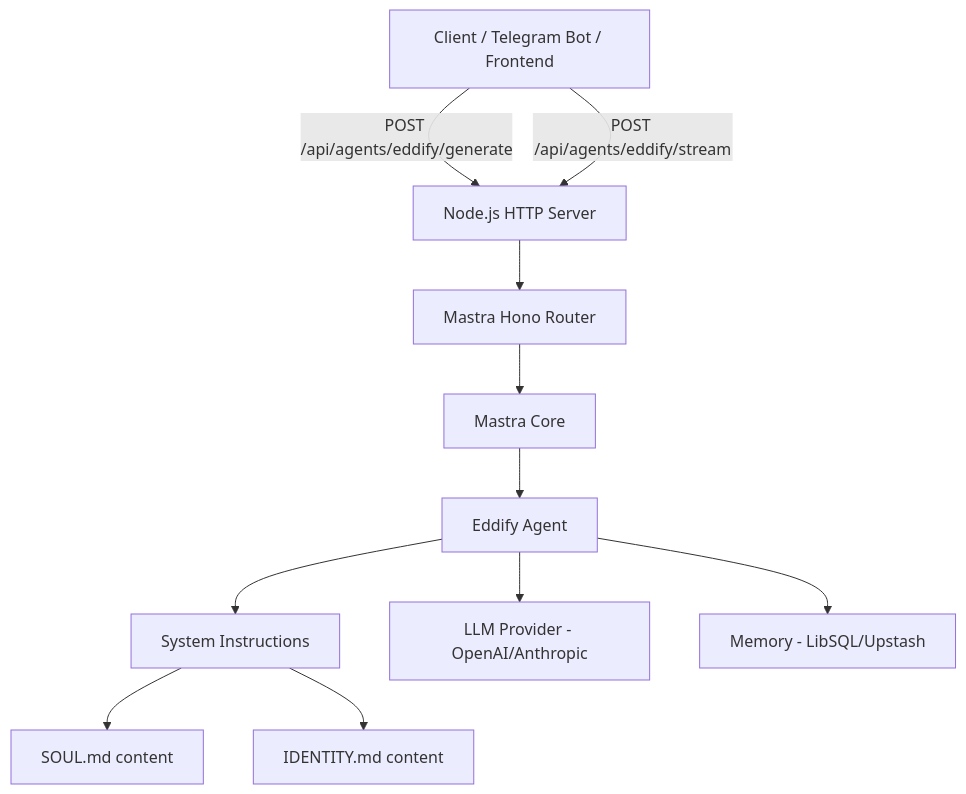
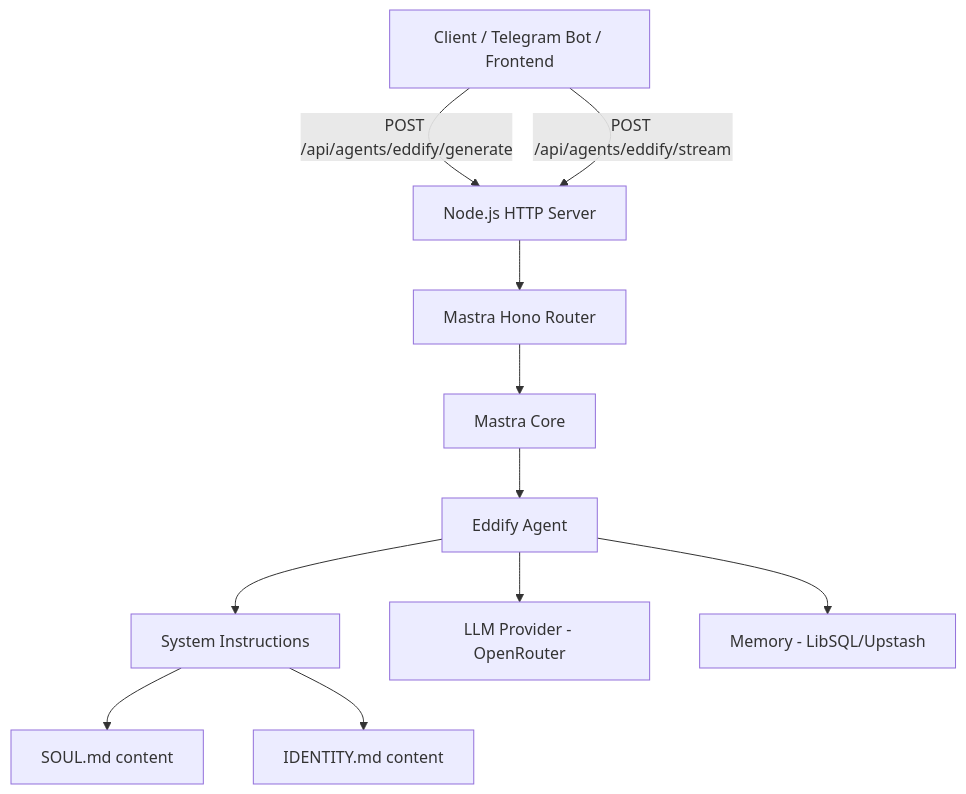
Before and after one commit to good-shepherd-insights/goodshepherdinsights-router: the diagram in plans/mastra-eddify-agent-plan.md, drawn with Mermaid. The commit also changed other lines of this file, not shown here.

First line of the commit message:
Switch LLM provider from OpenAI/Anthropic to OpenRouter

````diff
--- a/plans/mastra-eddify-agent-plan.md
+++ b/plans/mastra-eddify-agent-plan.md
@@ -60,13 +60,13 @@
 ```mermaid
 graph TD
     Client[Client / Telegram Bot / Frontend] -->|POST /api/agents/eddify/generate| Server[Node.js HTTP Server]
     Client -->|POST /api/agents/eddify/stream| Server
     Server --> Router[Mastra Hono Router]
     Router --> MastraCore[Mastra Core]
     MastraCore --> EddifyAgent[Eddify Agent]
     EddifyAgent --> Instructions[System Instructions]
     Instructions --> SOUL[SOUL.md content]
     Instructions --> IDENTITY[IDENTITY.md content]
-    EddifyAgent --> LLM[LLM Provider - OpenAI/Anthropic]
+    EddifyAgent --> LLM[LLM Provider - OpenRouter]
     EddifyAgent --> Memory[Memory - LibSQL/Upstash]
 ```
````
